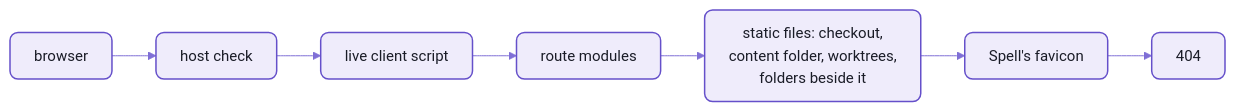
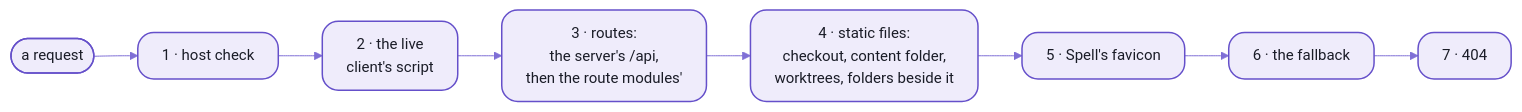
The first of 6 diagrams in README-server.md (spell-app/spell), drawn with Mermaid before and after one commit. The commit also changed other lines of this file and 12 other files, not shown here.

````diff
--- a/README-server.md
+++ b/README-server.md
@@ -16,12 +148,15 @@
 ```mermaid
 %%{init: {"theme":"base","themeVariables":{"fontFamily":"-apple-system, BlinkMacSystemFont, Segoe UI, Helvetica, Arial, sans-serif","fontSize":"15px","primaryColor":"#EFECFB","primaryBorderColor":"#6550CA","primaryTextColor":"#1A1C27","secondaryColor":"#F4F1E9","tertiaryColor":"#F7F6FC","lineColor":"#7F6FD6","textColor":"#7F6FD6","clusterBkg":"#F7F6FC","clusterBorder":"#B9B0E8","titleColor":"#1A1C27","edgeLabelBackground":"#F7F6FC","actorBkg":"#EFECFB","actorBorder":"#6550CA","actorTextColor":"#1A1C27","actorLineColor":"#9C90DE","signalColor":"#7F6FD6","signalTextColor":"#7F6FD6","labelBoxBkgColor":"#EFECFB","labelBoxBorderColor":"#6550CA","labelTextColor":"#1A1C27","loopTextColor":"#7F6FD6","noteBkgColor":"#F1E7D4","noteBorderColor":"#C9B48A","noteTextColor":"#1A1C27","activationBkgColor":"#DCD6F7","activationBorderColor":"#6550CA","sequenceNumberColor":"#FFFFFF"},"flowchart":{"curve":"basis","padding":12,"nodeSpacing":40,"rankSpacing":44}}}%%
 flowchart LR
-  browser[browser] --> host[host check]
-  host --> live[live client script]
-  live --> routes[route modules]
-  routes --> files["static files:  checkout,<br/>content folder, worktrees,<br/>folders beside it"]
-  files --> favicon[Spell's favicon]
-  favicon --> notfound[404]
+  request([a request]) --> host["1 · host check"]
+  host --> live["2 · the live<br/>client's script"]
+  live --> routes["3 · routes:<br/>the server's /api,<br/>then the route modules'"]
+  routes --> files["4 · static files:<br/>checkout, content folder,<br/>worktrees, folders beside it"]
+  files --> favicon["5 · Spell's favicon"]
+  favicon --> fallback["6 · the fallback"]
+  fallback --> notfound["7 · 404"]
   %% the Spell look:  yarn mermaid:pretty
   classDef default fill:#EFECFB,stroke:#6550CA,stroke-width:1.5px,color:#1A1C27,rx:8px,ry:8px
+  classDef step fill:#EFECFB,stroke:#6550CA,stroke-width:1.5px,color:#1A1C27,rx:16px,ry:16px
+  class host,live,routes,files,favicon,fallback,notfound step
 ```
````
